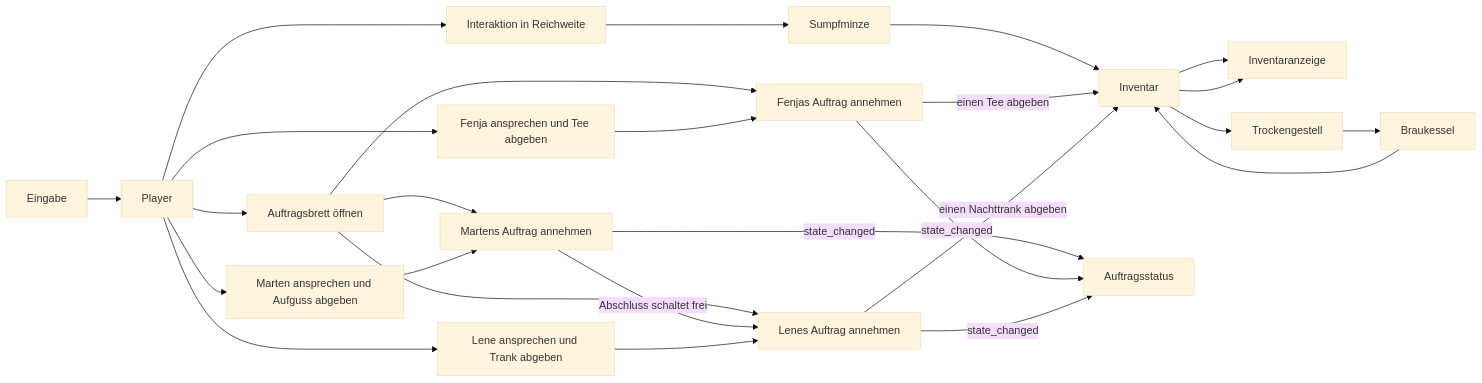
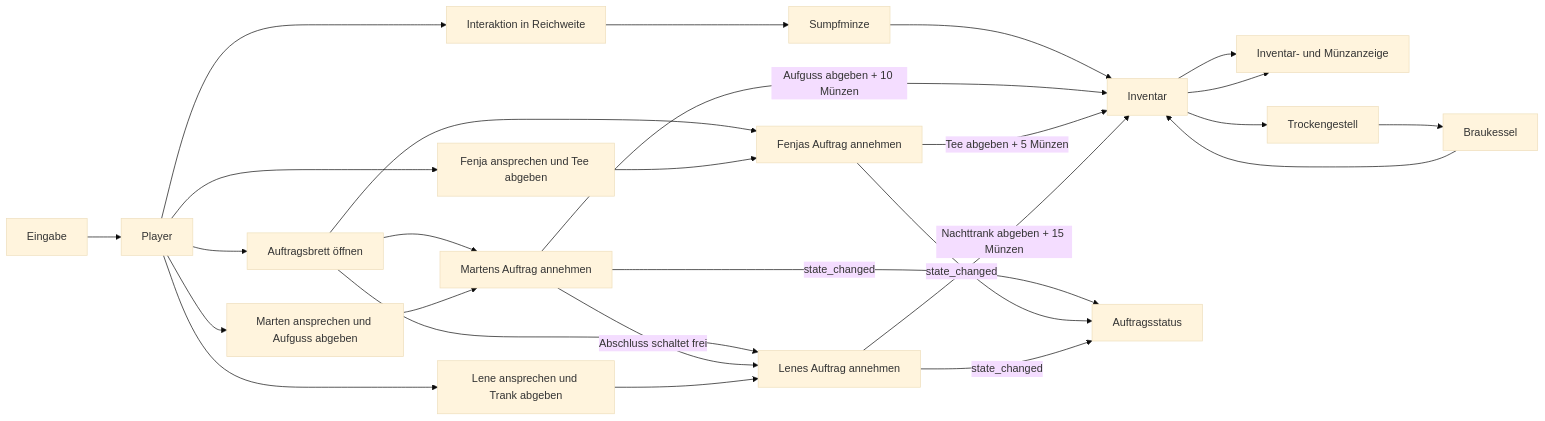
One commit to Fremarx/Moor-Apotheke changed the diagram in docs/ARCHITECTURE.md. Above: the diagram before and after it, drawn with Mermaid (base theme). The commit also changed other lines of this file and 12 other files, not shown here.

```diff
--- a/docs/ARCHITECTURE.md
+++ b/docs/ARCHITECTURE.md
@@ -94,28 +97,29 @@
 ~~~mermaid
 flowchart LR
   Input[Eingabe] --> Player[Player]
   Player --> Interact[Interaktion in Reichweite]
   Interact --> Herb[Sumpfminze]
   Herb --> Inventory[Inventar]
   Inventory --> HUD[Inventaranzeige]
   Inventory --> Rack[Trockengestell]
   Rack --> Cauldron[Braukessel]
   Cauldron --> Inventory
   Player --> Board[Auftragsbrett öffnen]
   Board --> Quest[Fenjas Auftrag annehmen]
   Board --> MartenQuest[Martens Auftrag annehmen]
   Board --> LeneQuest[Lenes Auftrag annehmen]
   Player --> Fenja[Fenja ansprechen und Tee abgeben]
   Fenja --> Quest
   Player --> Marten[Marten ansprechen und Aufguss abgeben]
   Marten --> MartenQuest
+  MartenQuest -->|Aufguss abgeben + 10 Münzen| Inventory
   MartenQuest -->|state_changed| HUDQuest
   MartenQuest -->|Abschluss schaltet frei| LeneQuest
-  Quest -->|einen Tee abgeben| Inventory
-  Inventory --> HUD[Inventaranzeige]
+  Quest -->|Tee abgeben + 5 Münzen| Inventory
+  Inventory --> HUD[Inventar- und Münzanzeige]
   Quest -->|state_changed| HUDQuest[Auftragsstatus]
   Player --> Lene[Lene ansprechen und Trank abgeben]
   Lene --> LeneQuest
-  LeneQuest -->|einen Nachttrank abgeben| Inventory
+  LeneQuest -->|Nachttrank abgeben + 15 Münzen| Inventory
   LeneQuest -->|state_changed| HUDQuest
 ~~~
```
